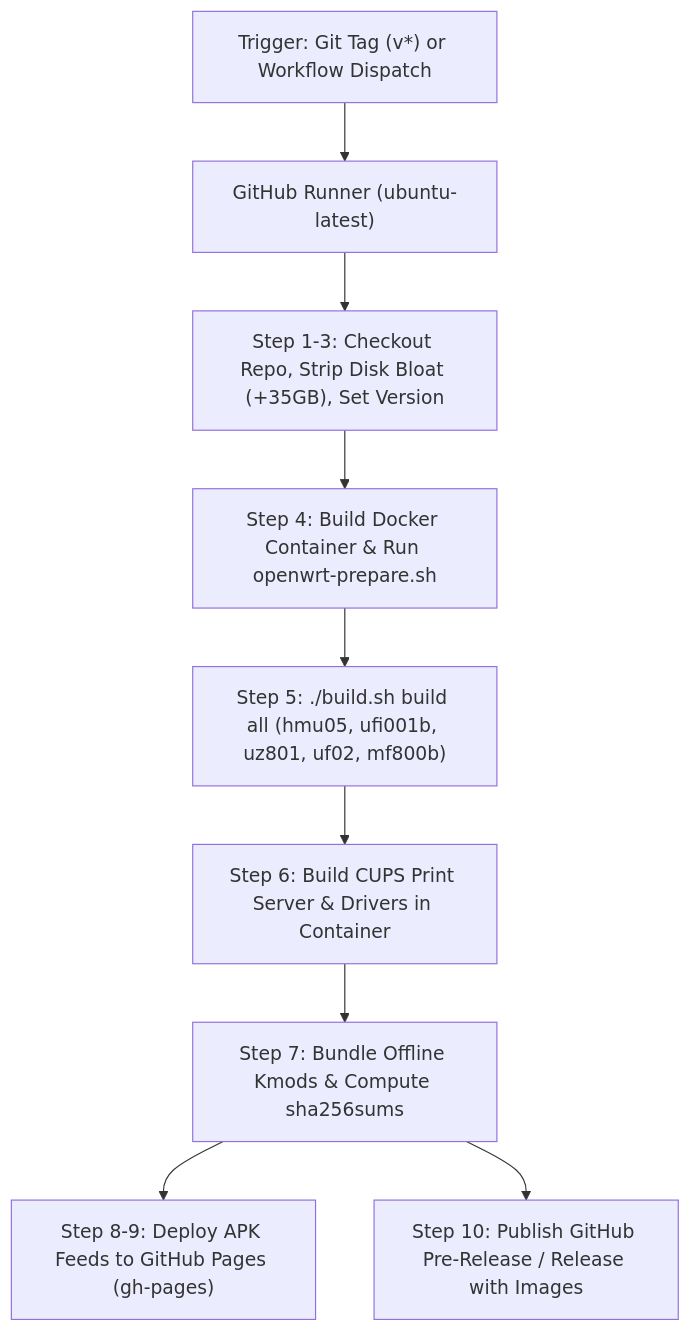
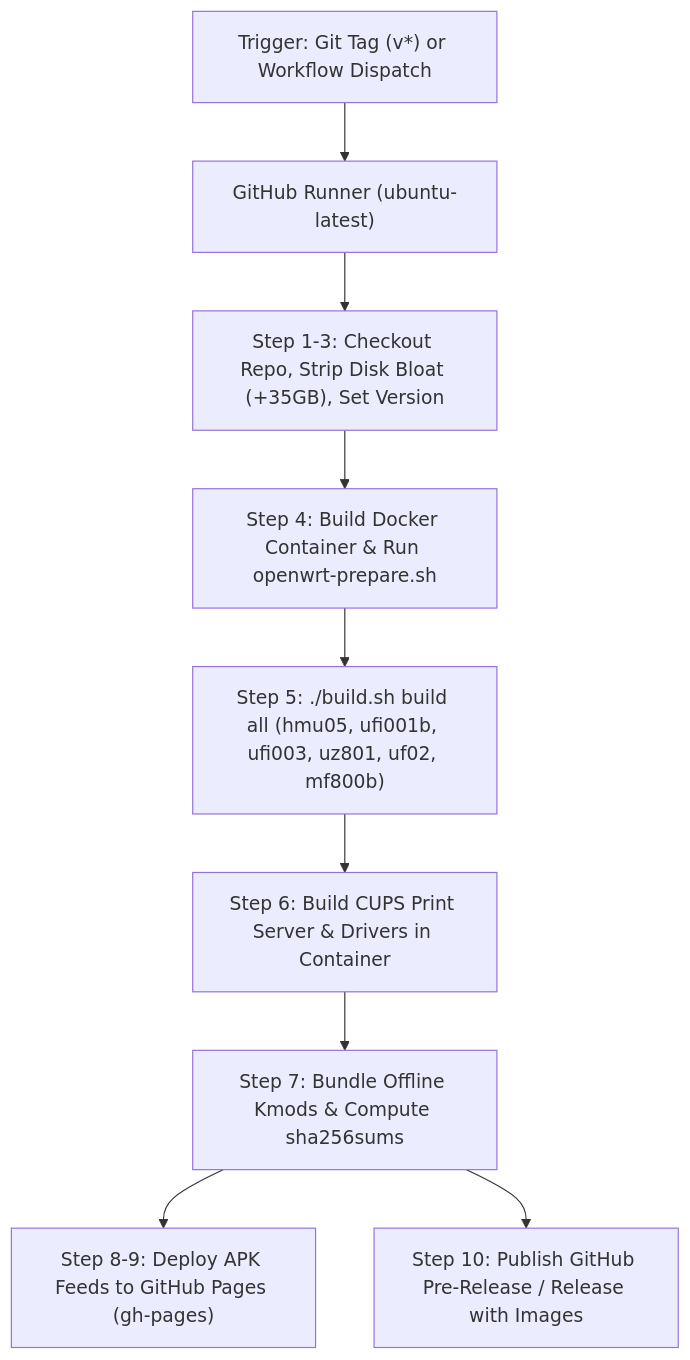
Before and after one commit to akbar-npj/msm8916-openwrt: the diagram in Docs/Github Actions/README.md, drawn with Mermaid. The commit also changed other lines of this file and 9 other files, not shown here.

````diff
--- a/Docs/Github Actions/README.md
+++ b/Docs/Github Actions/README.md
@@ -11,11 +11,11 @@
 ```mermaid
 graph TD
     A["Trigger: Git Tag (v*) or Workflow Dispatch"] --> B["GitHub Runner (ubuntu-latest)"]
     B --> C["Step 1-3: Checkout Repo, Strip Disk Bloat (+35GB), Set Version"]
     C --> D["Step 4: Build Docker Container & Run openwrt-prepare.sh"]
-    D --> E["Step 5: ./build.sh build all (hmu05, ufi001b, uz801, uf02, mf800b)"]
+    D --> E["Step 5: ./build.sh build all (hmu05, ufi001b, ufi003, uz801, uf02, mf800b)"]
     E --> F["Step 6: Build CUPS Print Server & Drivers in Container"]
     F --> G["Step 7: Bundle Offline Kmods & Compute sha256sums"]
     G --> H["Step 8-9: Deploy APK Feeds to GitHub Pages (gh-pages)"]
     G --> I["Step 10: Publish GitHub Pre-Release / Release with Images"]
 ```
````
